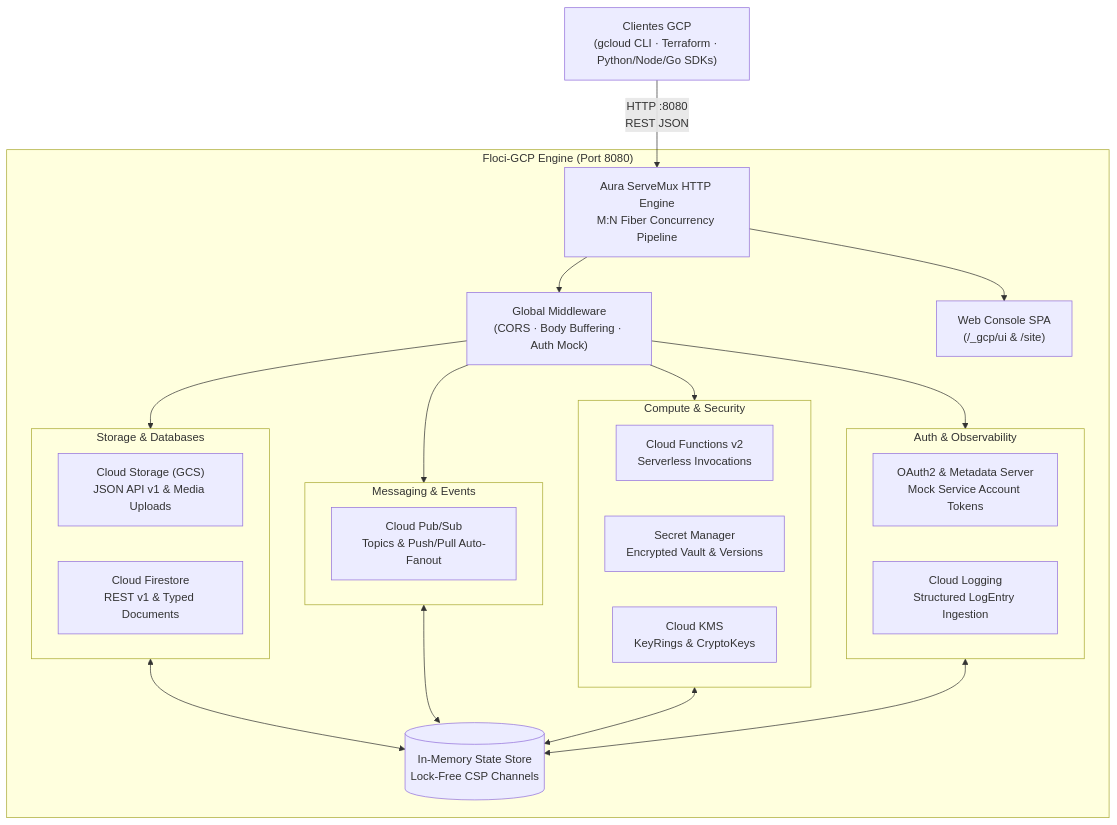
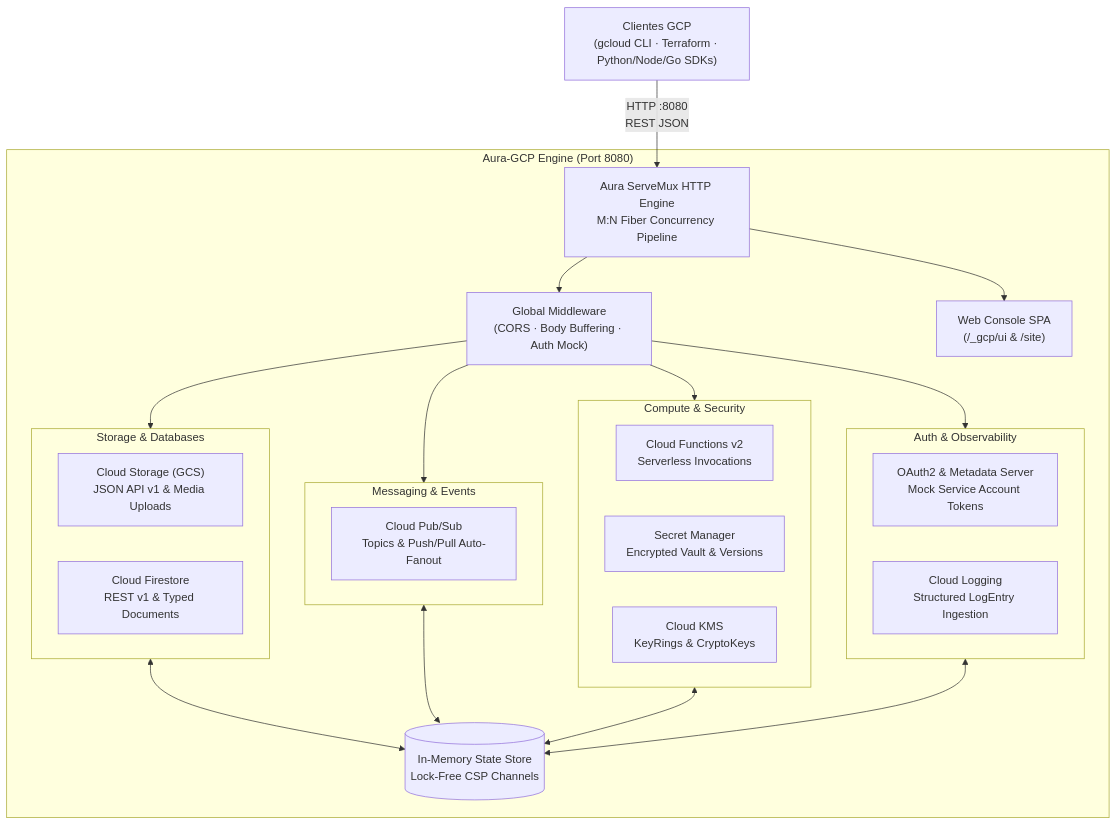
Before and after one commit to aura-lang-developer/floci-gcp: the diagram in README.md, drawn with Mermaid. The commit also changed other lines of this file and 30 other files, not shown here.

Commit message:
refactor: rebrand from Floci to Aura-GCP and setup CI/CD release pipeline

````diff
--- a/README.md
+++ b/README.md
@@ -77,41 +77,41 @@
 ```mermaid
 flowchart TD
     Client["Clientes GCP\n(gcloud CLI · Terraform · Python/Node/Go SDKs)"]
 
-    subgraph FlociGCP ["Floci-GCP Engine (Port 8080)"]
+    subgraph AuraGCP ["Aura-GCP Engine (Port 8080)"]
         ServeMux["Aura ServeMux HTTP Engine\nM:N Fiber Concurrency Pipeline"]
         Middleware["Global Middleware\n(CORS · Body Buffering · Auth Mock)"]
         
         subgraph StorageLayer ["Storage & Databases"]
             GCS["Cloud Storage (GCS)\nJSON API v1 & Media Uploads"]
             Firestore["Cloud Firestore\nREST v1 & Typed Documents"]
         end
 
         subgraph MessagingLayer ["Messaging & Events"]
             PubSub["Cloud Pub/Sub\nTopics & Push/Pull Auto-Fanout"]
         end
 
         subgraph ComputeSecurityLayer ["Compute & Security"]
             Functions["Cloud Functions v2\nServerless Invocations"]
             Secrets["Secret Manager\nEncrypted Vault & Versions"]
             KMS["Cloud KMS\nKeyRings & CryptoKeys"]
         end
 
         subgraph ObservabilityLayer ["Auth & Observability"]
             Auth["OAuth2 & Metadata Server\nMock Service Account Tokens"]
             Logging["Cloud Logging\nStructured LogEntry Ingestion"]
         end
 
         Console["Web Console SPA\n(/_gcp/ui & /site)"]
         Store[("In-Memory State Store\nLock-Free CSP Channels")]
     end
 
     Client -->|"HTTP :8080\nREST JSON"| ServeMux
     ServeMux --> Middleware
     Middleware --> StorageLayer
     Middleware --> MessagingLayer
     Middleware --> ComputeSecurityLayer
     Middleware --> ObservabilityLayer
     ServeMux --> Console
     StorageLayer & MessagingLayer & ComputeSecurityLayer & ObservabilityLayer <--> Store
 ```
````
